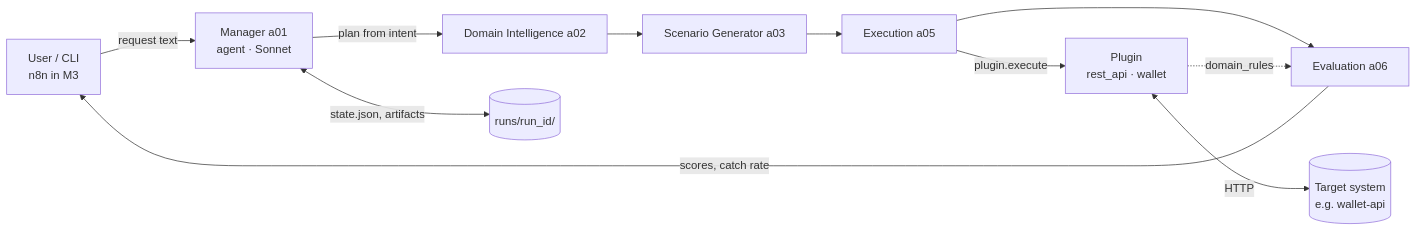
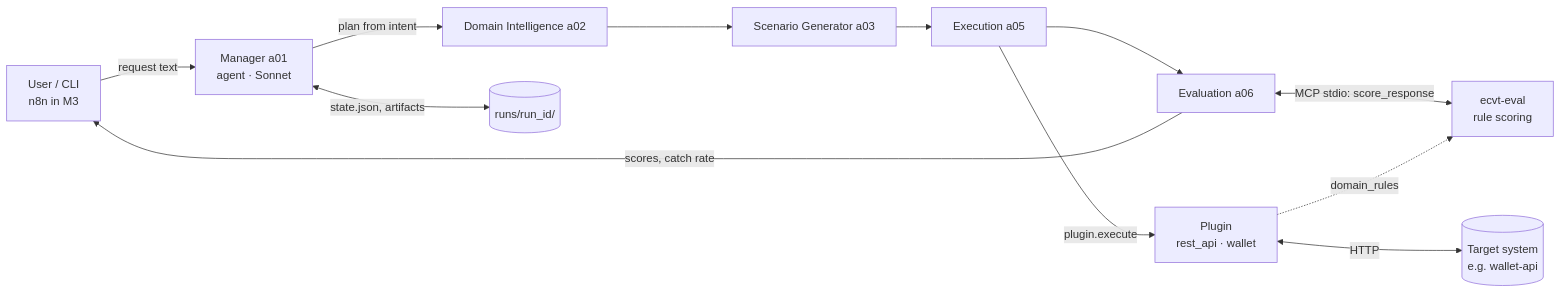
One commit to aozan88/ecvt changed the diagram in docs/02-architecture/architecture.md. Above: the diagram before and after it, drawn with Mermaid. The commit also changed other lines of this file and 15 other files, not shown here.

First line of the commit message:
feat(eval): ecvt-eval MCP server; a06 scores rules through it

````diff
--- a/docs/02-architecture/architecture.md
+++ b/docs/02-architecture/architecture.md
@@ -11,13 +11,14 @@
 ```mermaid
 flowchart LR
     U[User / CLI<br/>n8n in M3] -->|request text| M[Manager a01<br/>agent · Sonnet]
     M -->|plan from intent| DI[Domain Intelligence a02]
     DI --> SG[Scenario Generator a03]
     SG --> EX[Execution a05]
     EX --> EV[Evaluation a06]
+    EV <-->|MCP stdio: score_response| ES[ecvt-eval<br/>rule scoring]
     EX -->|plugin.execute| P[Plugin<br/>rest_api · wallet]
     P <-->|HTTP| T[(Target system<br/>e.g. wallet-api)]
-    P -.->|domain_rules| EV
+    P -.->|domain_rules| ES
     M <-->|state.json, artifacts| R[(runs/run_id/)]
     EV -->|scores, catch rate| U
 ```
````
